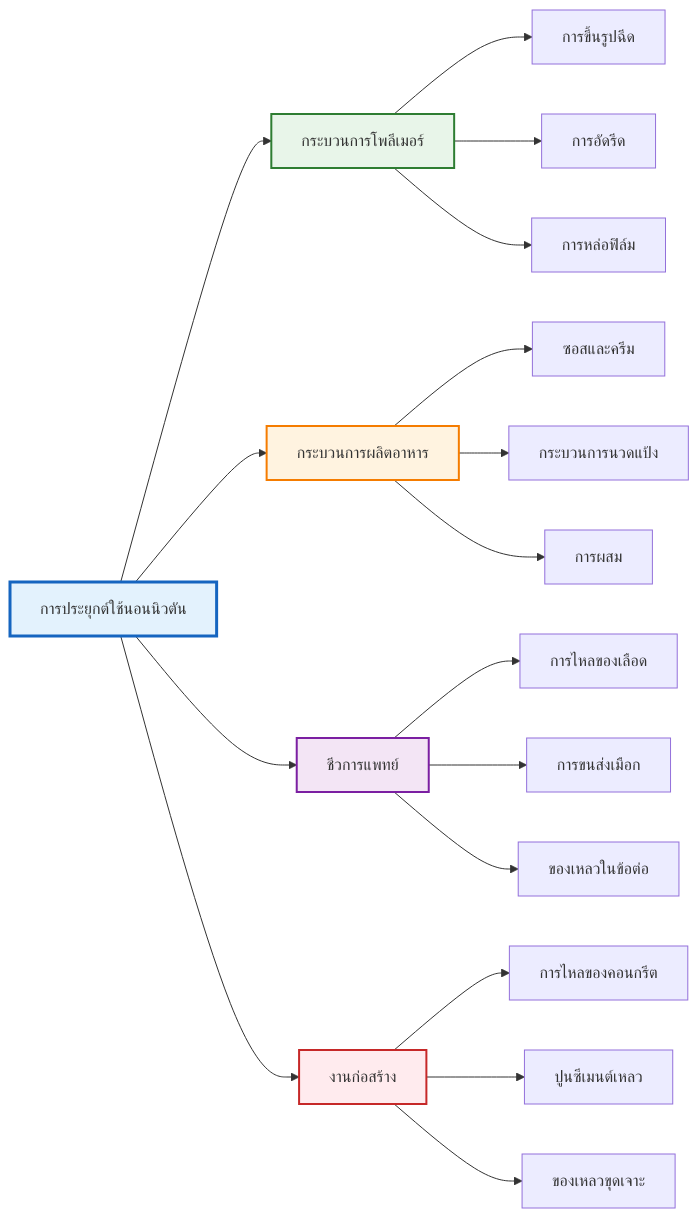
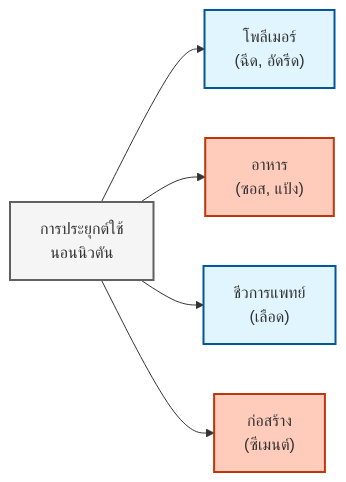
The third of 4 diagrams in MODULE_06_ADVANCED_PHYSICS/CONTENT/04_NON_NEWTONIAN_FLUIDS/00_Overview.md (wramet/build-my-cfd), drawn with Mermaid before and after one commit. The commit also changed other lines of this file and 313 other files, not shown here.

Commit message:
Revise all diagram

````diff
--- a/MODULE_06_ADVANCED_PHYSICS/CONTENT/04_NON_NEWTONIAN_FLUIDS/00_Overview.md
+++ b/MODULE_06_ADVANCED_PHYSICS/CONTENT/04_NON_NEWTONIAN_FLUIDS/00_Overview.md
@@ -635,29 +618,16 @@
 ```mermaid
 graph LR
-    A["การประยุกต์ใช้นอนนิวตัน"] --> B["กระบวนการโพลีเมอร์"]
-    A --> C["กระบวนการผลิตอาหาร"]
-    A --> D["ชีวการแพทย์"]
-    A --> E["งานก่อสร้าง"]
+classDef implicit fill:#e1f5fe,stroke:#01579b,stroke-width:2px
+classDef explicit fill:#ffccbc,stroke:#bf360c,stroke-width:2px
+classDef context fill:#f5f5f5,stroke:#616161,stroke-width:2px
+Root["การประยุกต์ใช้<br/>นอนนิวตัน"]:::context
+Poly["โพลีเมอร์<br/>(ฉีด, อัดรีด)"]:::implicit
+Food["อาหาร<br/>(ซอส, แป้ง)"]:::explicit
+Bio["ชีวการแพทย์<br/>(เลือด)"]:::implicit
+Const["ก่อสร้าง<br/>(ซีเมนต์)"]:::explicit
 
-    B --> B1["การขึ้นรูปฉีด"]
-    B --> B2["การอัดรีด"]
-    B --> B3["การหล่อฟิล์ม"]
-
-    C --> C1["ซอสและครีม"]
-    C --> C2["กระบวนการนวดแป้ง"]
-    C --> C3["การผสม"]
-
-    D --> D1["การไหลของเลือด"]
-    D --> D2["การขนส่งเมือก"]
-    D --> D3["ของเหลวในข้อต่อ"]
-
-    E --> E1["การไหลของคอนกรีต"]
-    E --> E2["ปูนซีเมนต์เหลว"]
-    E --> E3["ของเหลวขุดเจาะ"]
-
-    style A fill:#e3f2fd,stroke:#1565c0,stroke-width:3px
-    style B fill:#e8f5e9,stroke:#2e7d32,stroke-width:2px
-    style C fill:#fff3e0,stroke:#f57c00,stroke-width:2px
-    style D fill:#f3e5f5,stroke:#7b1fa2,stroke-width:2px
-    style E fill:#ffebee,stroke:#c62828,stroke-width:2px
+Root --> Poly
+Root --> Food
+Root --> Bio
+Root --> Const
 ```
````
